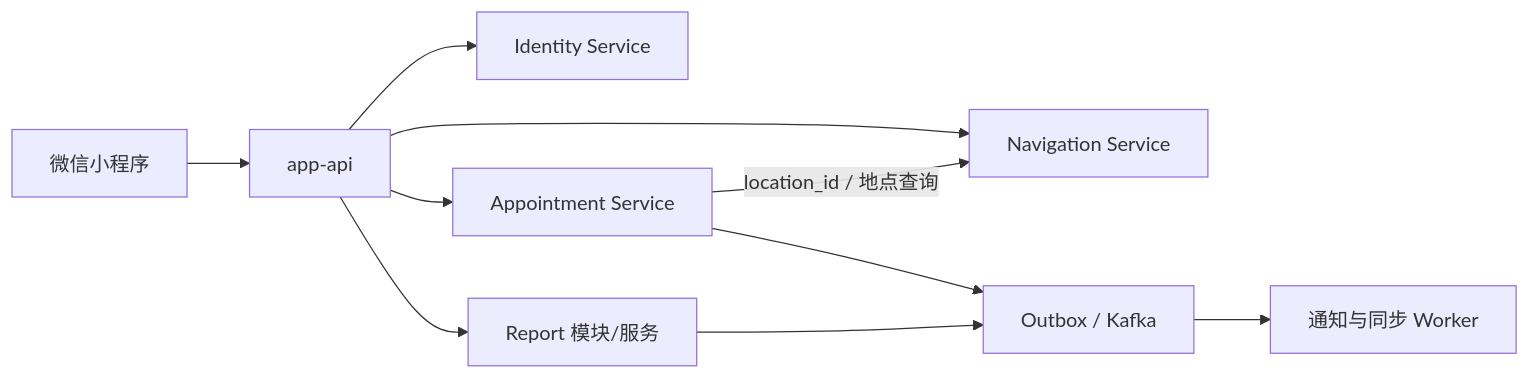
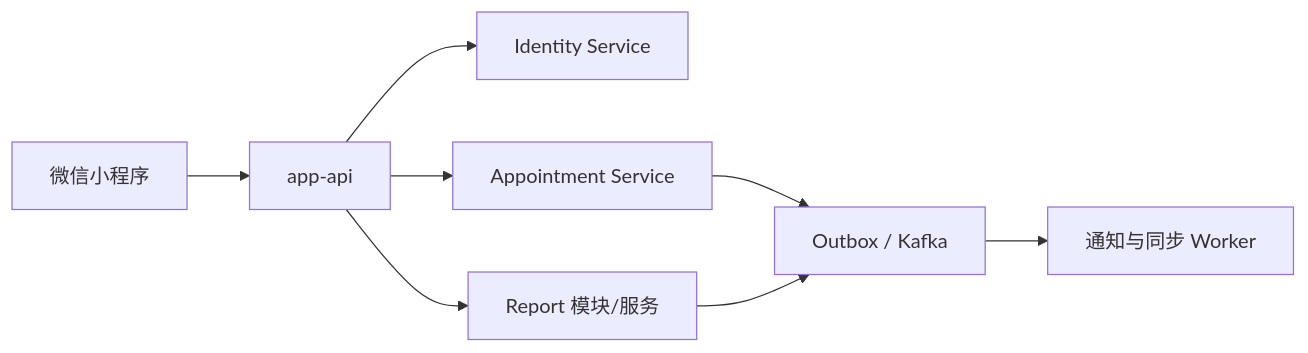
The diagram in plan/backend/overview/02-service-and-data-boundaries.md (bctd7/Hospital), drawn with Mermaid before and after one commit. The commit also changed other lines of this file and 8 other files, not shown here.

````diff
--- a/plan/backend/overview/02-service-and-data-boundaries.md
+++ b/plan/backend/overview/02-service-and-data-boundaries.md
@@ -80,13 +76,11 @@
 ```mermaid
 flowchart LR
     MINI["微信小程序"] --> API["app-api"]
     API --> ID["Identity Service"]
     API --> APPT["Appointment Service"]
-    API --> MAP["Navigation Service"]
     API --> REPORT["Report 模块/服务"]
 
-    APPT -- "location_id / 地点查询" --> MAP
     APPT --> EVENT["Outbox / Kafka"]
     REPORT --> EVENT
     EVENT --> WORKER["通知与同步 Worker"]
 ```
````
